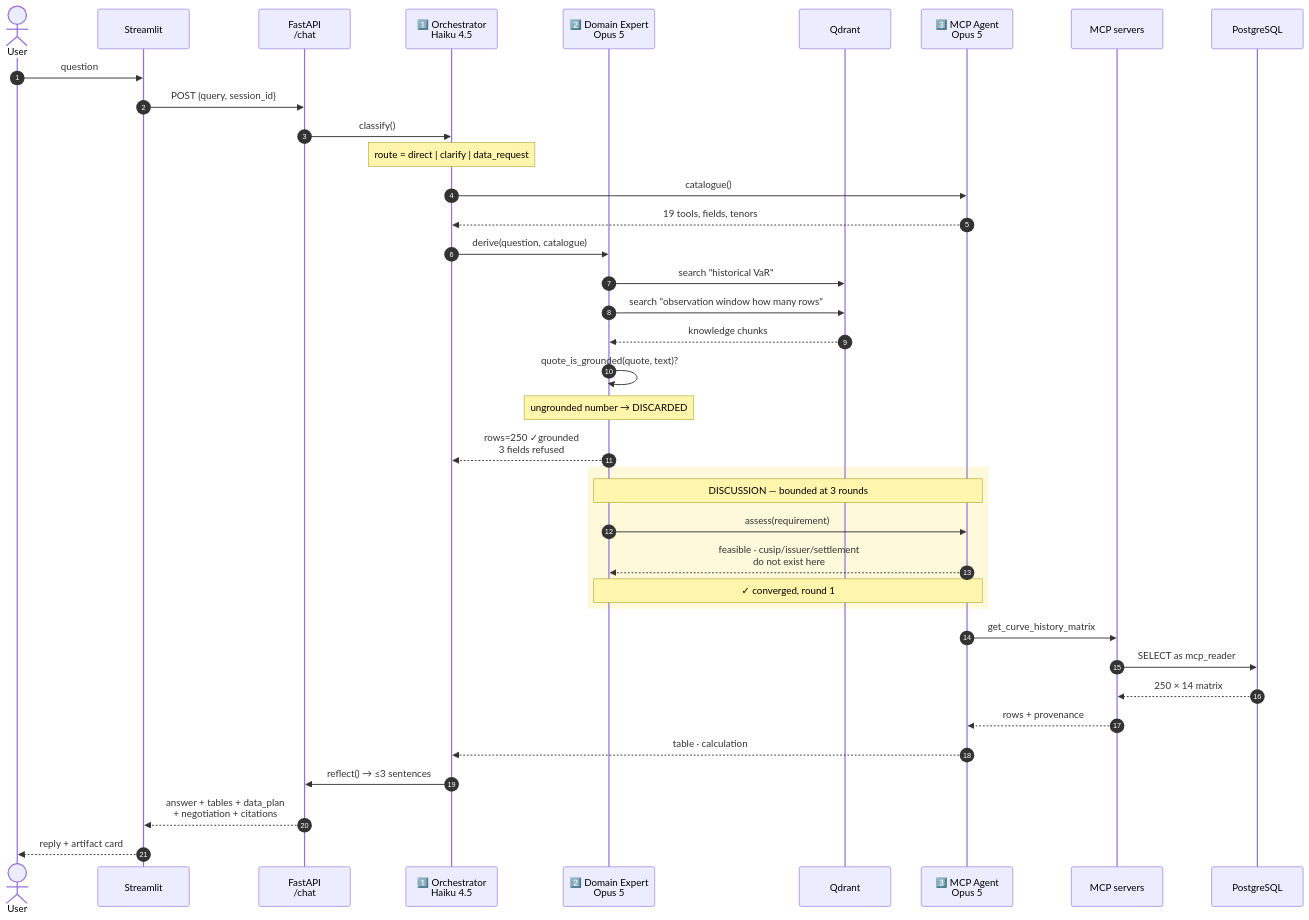
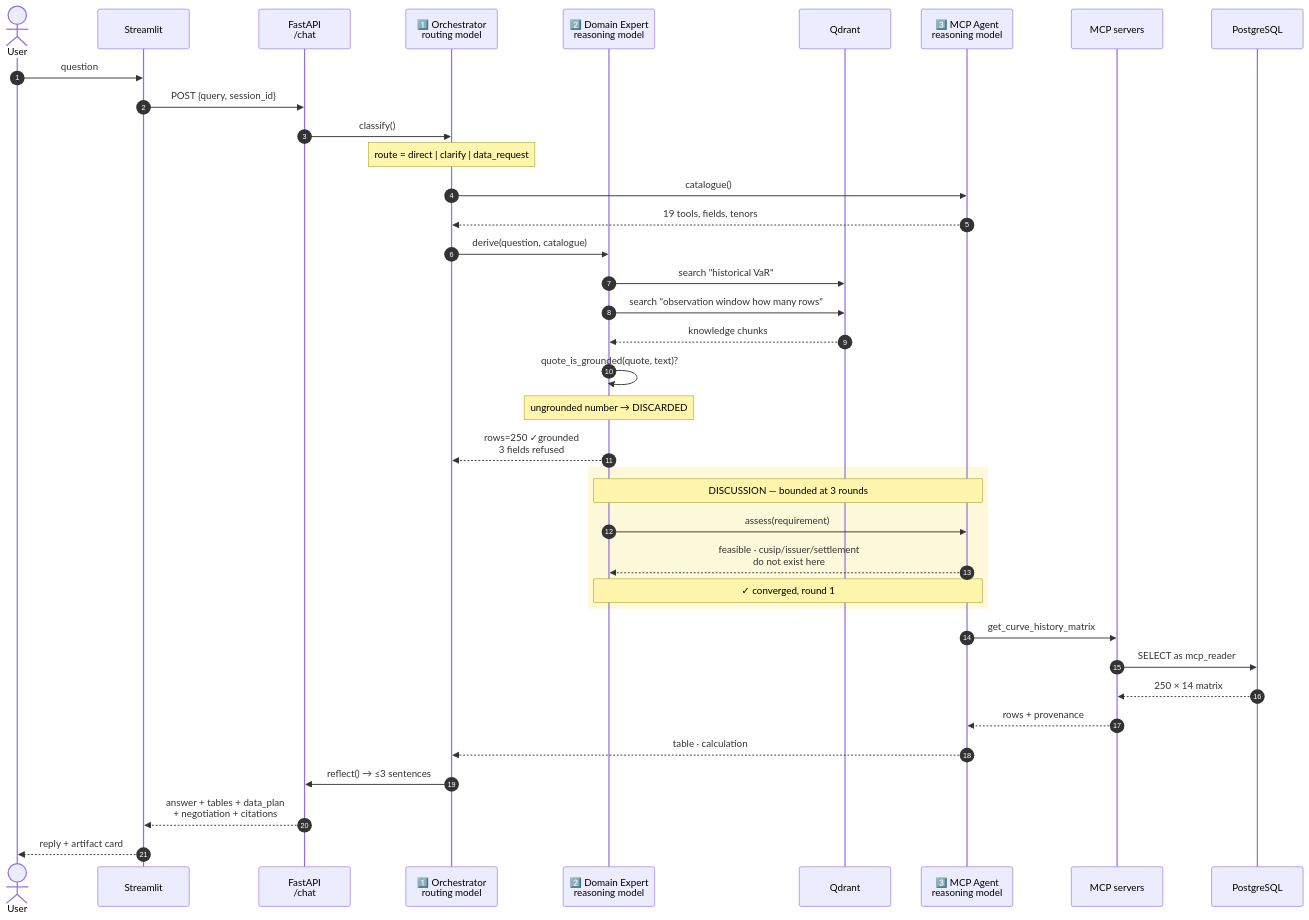
One commit to KrishnaAnnavaram/semantic-mcp-data-access-gateway changed the second of 10 diagrams in README.md. Above: the diagram before and after it, drawn with Mermaid. The commit also changed other lines of this file and 3 other files, not shown here.

````diff
--- a/README.md
+++ b/README.md
@@ -127,47 +134,47 @@
 ```mermaid
 sequenceDiagram
     autonumber
     actor User
     participant UI as Streamlit
     participant API as FastAPI<br/>/chat
-    participant ORC as 1️⃣ Orchestrator<br/>Haiku 4.5
-    participant DOM as 2️⃣ Domain Expert<br/>Opus 5
+    participant ORC as 1️⃣ Orchestrator<br/>routing model
+    participant DOM as 2️⃣ Domain Expert<br/>reasoning model
     participant QD as Qdrant
-    participant MCP as 3️⃣ MCP Agent<br/>Opus 5
+    participant MCP as 3️⃣ MCP Agent<br/>reasoning model
     participant SRV as MCP servers
     participant PG as PostgreSQL
 
     User->>UI: question
     UI->>API: POST {query, session_id}
     API->>ORC: classify()
 
     Note over ORC: route = direct | clarify | data_request
 
     ORC->>MCP: catalogue()
     MCP-->>ORC: 19 tools, fields, tenors
 
     ORC->>DOM: derive(question, catalogue)
     DOM->>QD: search "historical VaR"
     DOM->>QD: search "observation window how many rows"
     QD-->>DOM: knowledge chunks
     DOM->>DOM: quote_is_grounded(quote, text)?
     Note over DOM: ungrounded number → DISCARDED
     DOM-->>ORC: rows=250 ✓grounded<br/>3 fields refused
 
     rect rgb(255, 249, 219)
     Note over DOM,MCP: DISCUSSION — bounded at 3 rounds
     DOM->>MCP: assess(requirement)
     MCP-->>DOM: feasible · cusip/issuer/settlement<br/>do not exist here
     Note over DOM,MCP: ✓ converged, round 1
     end
 
     MCP->>SRV: get_curve_history_matrix
     SRV->>PG: SELECT as mcp_reader
     PG-->>SRV: 250 × 14 matrix
     SRV-->>MCP: rows + provenance
     MCP-->>ORC: table · calculation
 
     ORC->>API: reflect() → ≤3 sentences
     API-->>UI: answer + tables + data_plan<br/>+ negotiation + citations
     UI-->>User: reply + artifact card
 ```
````
